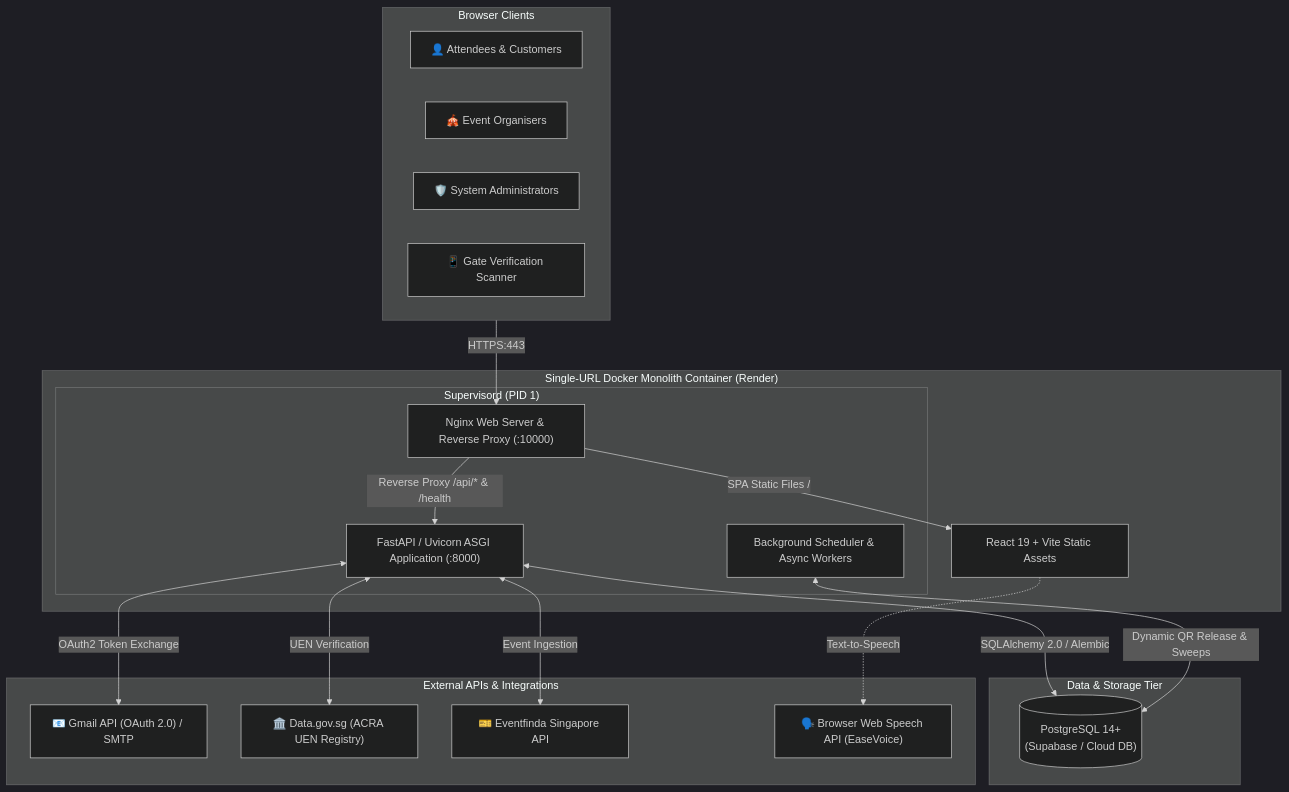
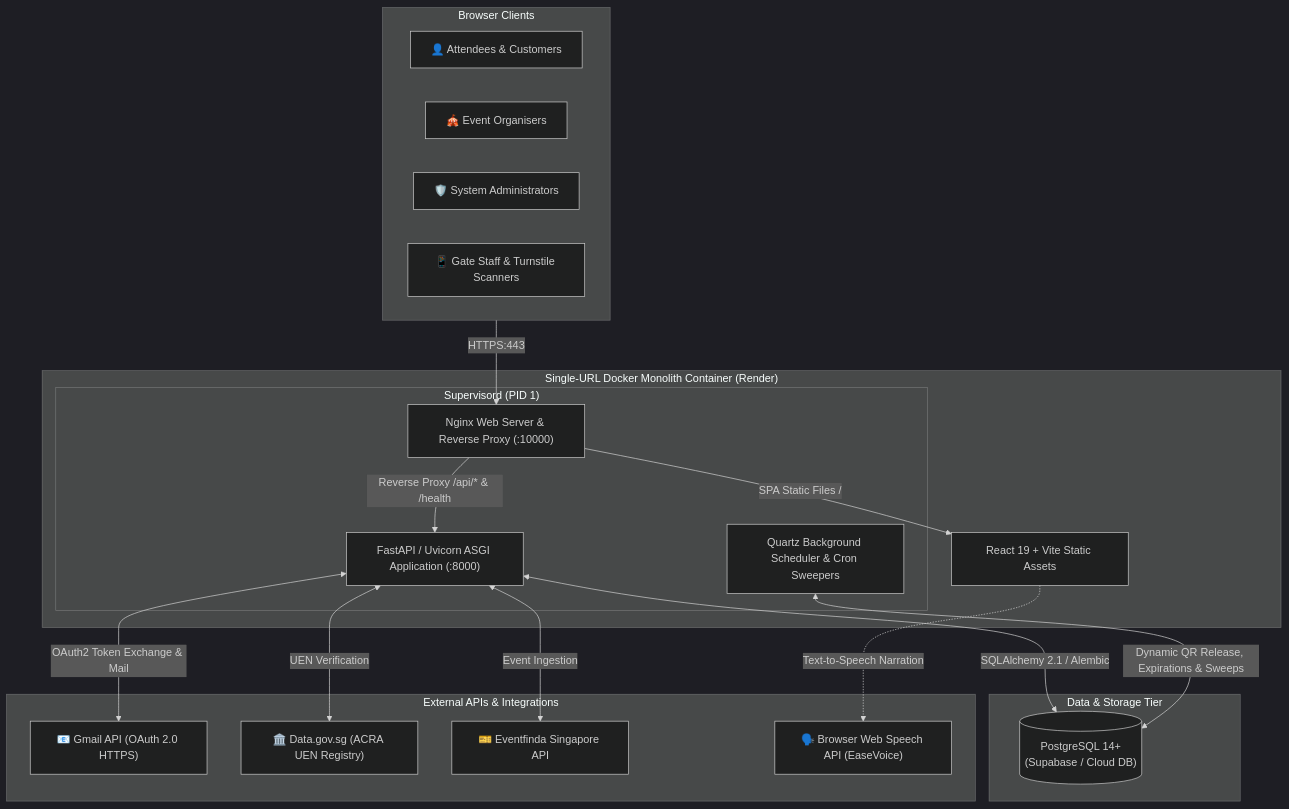
One commit to Sprihaha/EventEase changed the diagram in README.md. Above: the diagram before and after it, drawn with Mermaid (dark theme). The commit also changed other lines of this file and 5 other files, not shown here.

````diff
--- a/README.md
+++ b/README.md
@@ -63,39 +63,39 @@
 ```mermaid
 flowchart TD
     subgraph Client["Browser Clients"]
         Attendee["👤 Attendees & Customers"]
         Organiser["🎪 Event Organisers"]
         Admin["🛡️ System Administrators"]
-        GateStaff["📱 Gate Verification Scanner"]
+        GateStaff["📱 Gate Staff & Turnstile Scanners"]
     end
 
     subgraph Container["Single-URL Docker Monolith Container (Render)"]
         subgraph ProcessManager["Supervisord (PID 1)"]
             Nginx["Nginx Web Server & Reverse Proxy (:10000)"]
             FastAPI["FastAPI / Uvicorn ASGI Application (:8000)"]
-            Scheduler["Background Scheduler & Async Workers"]
+            Scheduler["Quartz Background Scheduler & Cron Sweepers"]
         end
         SPA["React 19 + Vite Static Assets"]
     end
 
     subgraph DataTier["Data & Storage Tier"]
         Postgres[("PostgreSQL 14+\n(Supabase / Cloud DB)")]
     end
 
     subgraph ExternalServices["External APIs & Integrations"]
-        GmailAPI["📧 Gmail API (OAuth 2.0) / SMTP"]
+        GmailAPI["📧 Gmail API (OAuth 2.0 HTTPS)"]
         ACRA["🏛️ Data.gov.sg (ACRA UEN Registry)"]
         Eventfinda["🎫 Eventfinda Singapore API"]
         SpeechAPI["🗣️ Browser Web Speech API (EaseVoice)"]
     end
 
     Client -->|HTTPS:443| Nginx
     Nginx -->|SPA Static Files /| SPA
     Nginx -->|Reverse Proxy /api/* & /health| FastAPI
-    FastAPI <-->|SQLAlchemy 2.0 / Alembic| Postgres
-    FastAPI <-->|OAuth2 Token Exchange| GmailAPI
+    FastAPI <-->|SQLAlchemy 2.1 / Alembic| Postgres
+    FastAPI <-->|OAuth2 Token Exchange & Mail| GmailAPI
     FastAPI <-->|UEN Verification| ACRA
     FastAPI <-->|Event Ingestion| Eventfinda
-    SPA -.->|Text-to-Speech| SpeechAPI
-    Scheduler <-->|Dynamic QR Release & Sweeps| Postgres
+    SPA -.->|Text-to-Speech Narration| SpeechAPI
+    Scheduler <-->|Dynamic QR Release, Expirations & Sweeps| Postgres
 ```
````
